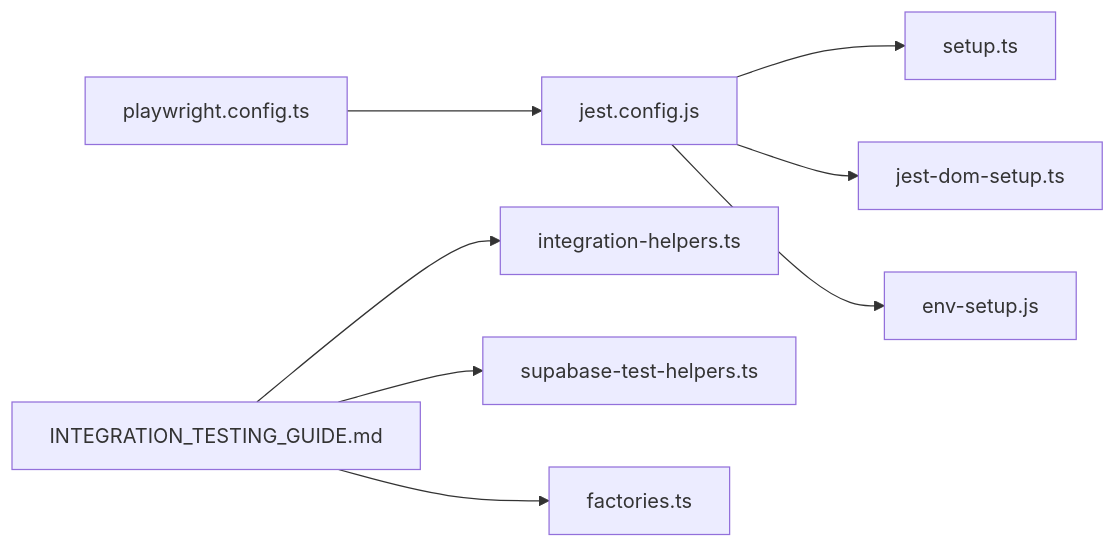
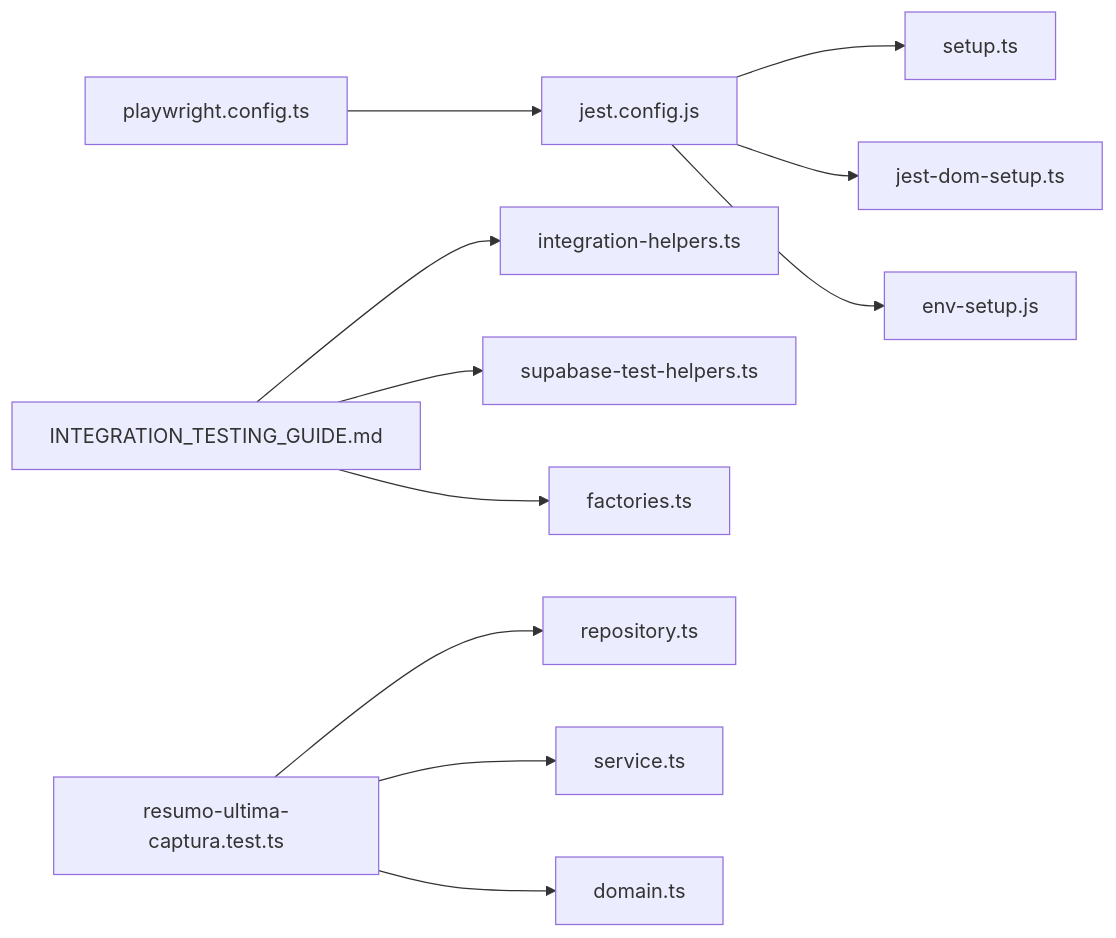
Before and after one commit to SinesysTech/zattar-os: diagram 12 of 12 in .qoder/repowiki/en/content/Development Guide/Testing Strategy and Implementation.md, drawn with Mermaid. The commit also changed other lines of this file and 21 other files, not shown here.

````diff
--- a/.qoder/repowiki/en/content/Development Guide/Testing Strategy and Implementation.md
+++ b/.qoder/repowiki/en/content/Development Guide/Testing Strategy and Implementation.md
@@ -366,10 +465,13 @@
 ```mermaid
 graph LR
 Jest["jest.config.js"] --> Setup["setup.ts"]
 Jest --> JDOM["jest-dom-setup.ts"]
 Jest --> ENV["env-setup.js"]
 IG["INTEGRATION_TESTING_GUIDE.md"] --> IH["integration-helpers.ts"]
 IG --> SH["supabase-test-helpers.ts"]
 IG --> FAC["factories.ts"]
 PW["playwright.config.ts"] --> Jest
+RESUMO["resumo-ultima-captura.test.ts"] --> Repo["repository.ts"]
+RESUMO --> Service["service.ts"]
+RESUMO --> Domain["domain.ts"]
 ```
````
